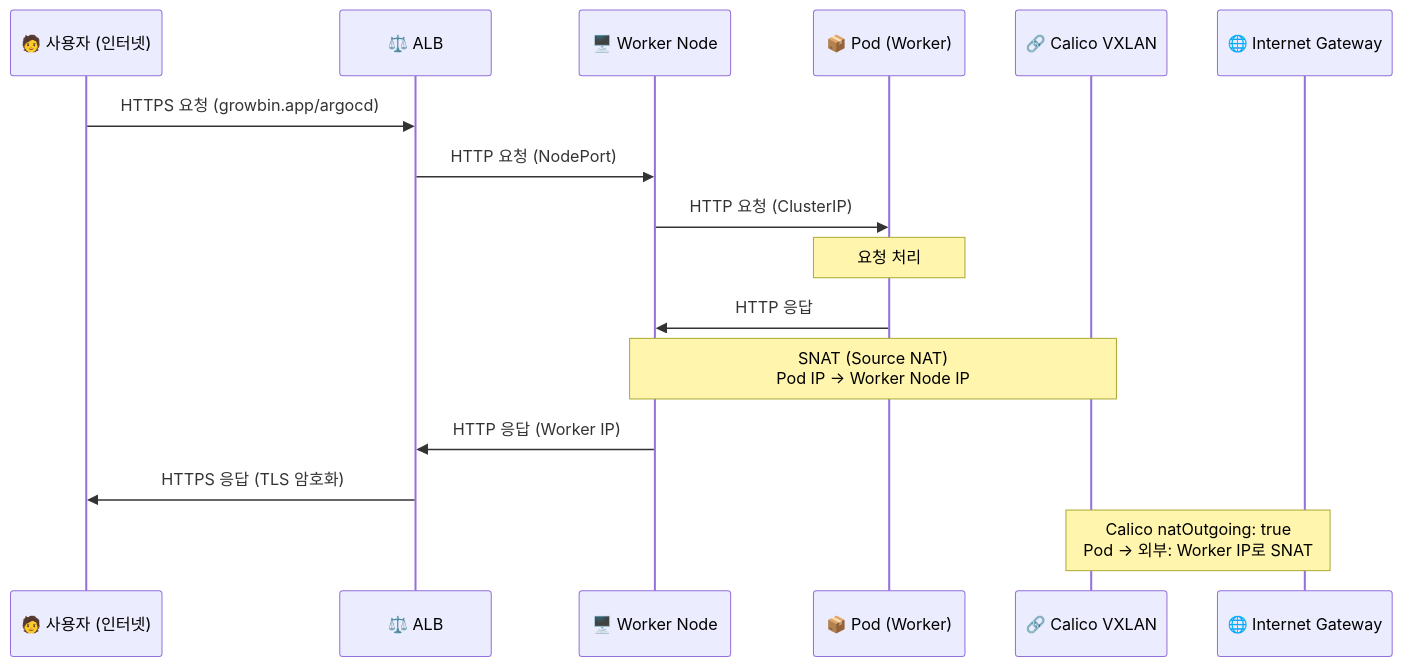
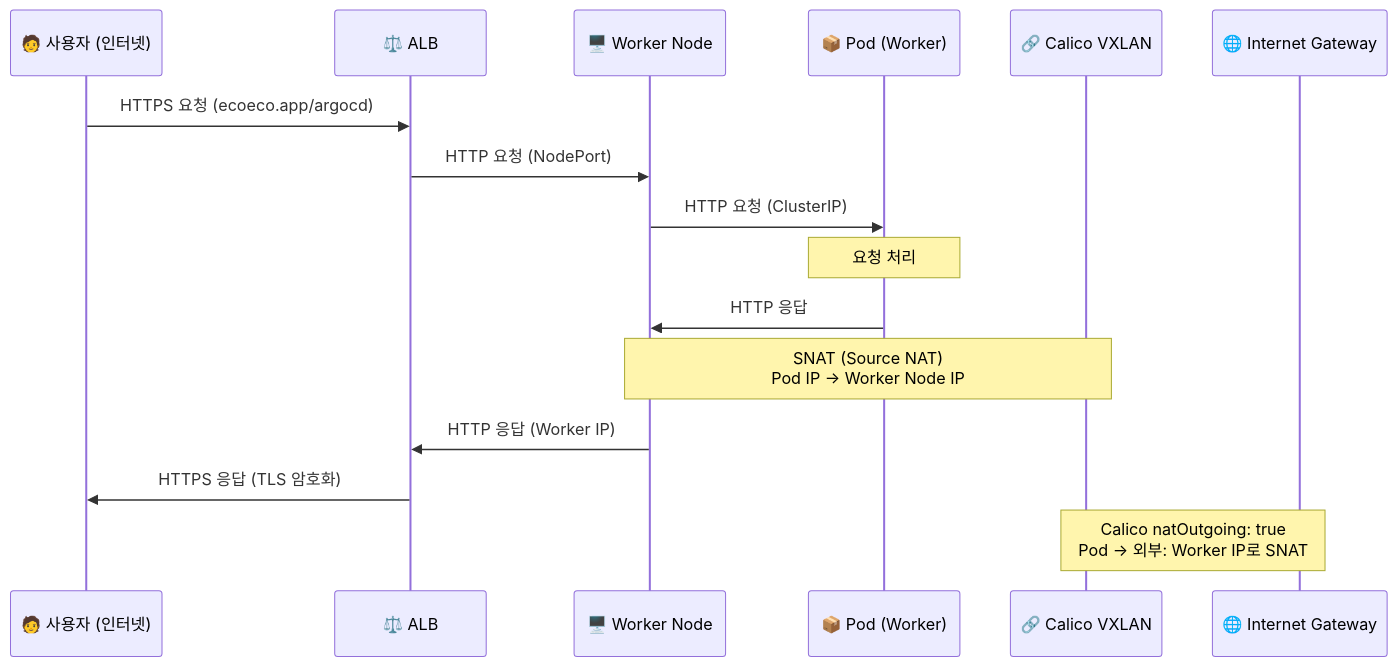
Before and after one commit to eco2-team/backend: the diagram in docs/architecture/POD_PLACEMENT_AND_RESPONSE_FLOW.md, drawn with Mermaid. The commit also changed 67 other files, not shown here.

````diff
--- a/docs/architecture/POD_PLACEMENT_AND_RESPONSE_FLOW.md
+++ b/docs/architecture/POD_PLACEMENT_AND_RESPONSE_FLOW.md
@@ -163,22 +163,22 @@
 ```mermaid
 sequenceDiagram
     participant User as 🧑 사용자 (인터넷)
     participant ALB as ⚖️ ALB
     participant Worker as 🖥️ Worker Node
     participant Pod as 📦 Pod (Worker)
     participant Calico as 🔗 Calico VXLAN
     participant IGW as 🌐 Internet Gateway
 
-    User->>ALB: HTTPS 요청 (growbin.app/argocd)
+    User->>ALB: HTTPS 요청 (ecoeco.app/argocd)
     ALB->>Worker: HTTP 요청 (NodePort)
     Worker->>Pod: HTTP 요청 (ClusterIP)
     
     Note over Pod: 요청 처리
     
     Pod->>Worker: HTTP 응답
     Note over Worker,Calico: SNAT (Source NAT)<br/>Pod IP → Worker Node IP
     Worker->>ALB: HTTP 응답 (Worker IP)
     ALB->>User: HTTPS 응답 (TLS 암호화)
     
     Note over Calico,IGW: Calico natOutgoing: true<br/>Pod → 외부: Worker IP로 SNAT
 ```
````
